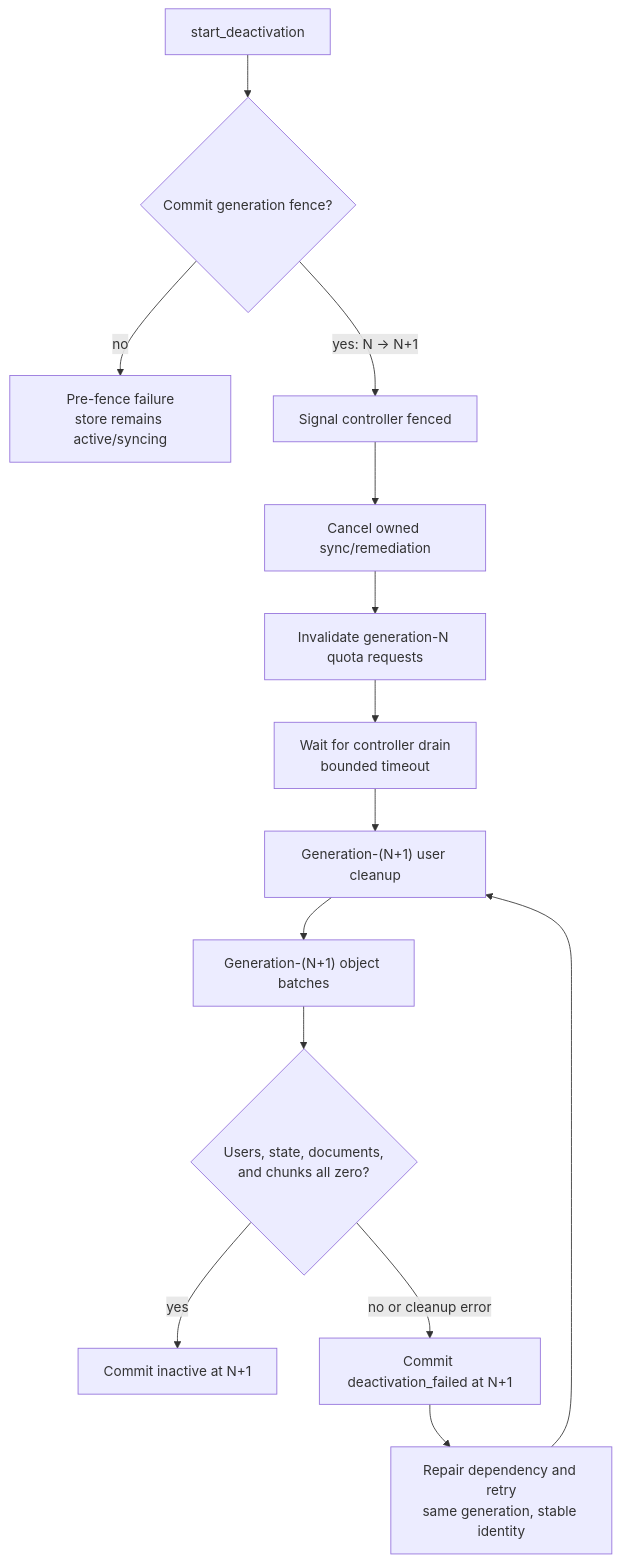
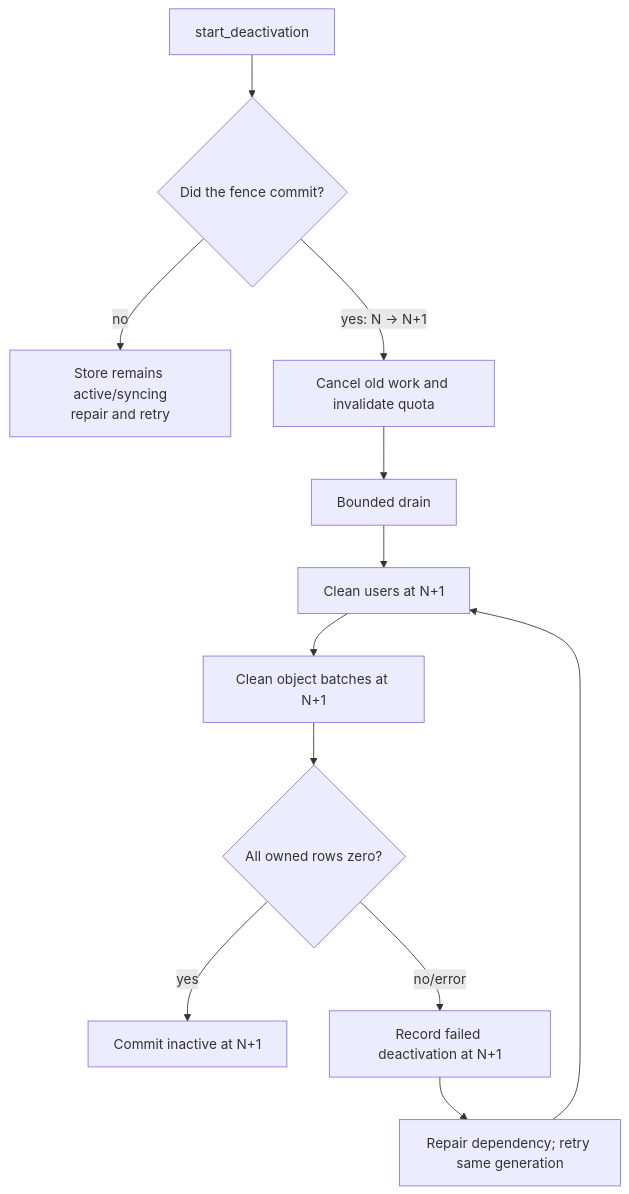
The eighth of 8 diagrams in docs/workflow-topology.md (temporal-sa/golden-retriever), drawn with Mermaid before and after one commit. The commit also changed other lines of this file and 15 other files, not shown here.

````diff
--- a/docs/workflow-topology.md
+++ b/docs/workflow-topology.md
@@ -266,16 +269,14 @@
 ```mermaid
 flowchart TB
-    command["start_deactivation"] --> fence{"Commit generation fence?"}
-    fence -->|"no"| prefail["Pre-fence failure<br/>store remains active/syncing"]
-    fence -->|"yes: N -> N+1"| ack["Signal controller fenced"]
-    ack --> cancel["Cancel owned sync/remediation"]
-    cancel --> quota["Invalidate generation-N quota requests"]
-    quota --> drain["Wait for controller drain<br/>bounded timeout"]
-    drain --> users["Generation-(N+1) user cleanup"]
-    users --> objects["Generation-(N+1) object batches"]
-    objects --> zero{"Users, state, documents,<br/>and chunks all zero?"}
+    command["start_deactivation"] --> fence{"Did the fence commit?"}
+    fence -->|"no"| pre["Store remains active/syncing<br/>repair and retry"]
+    fence -->|"yes: N → N+1"| cancel["Cancel old work and invalidate quota"]
+    cancel --> drain["Bounded drain"]
+    drain --> users["Clean users at N+1"]
+    users --> objects["Clean object batches at N+1"]
+    objects --> zero{"All owned rows zero?"}
     zero -->|"yes"| inactive["Commit inactive at N+1"]
-    zero -->|"no or cleanup error"| failed["Commit deactivation_failed at N+1"]
-    failed --> retry["Repair dependency and retry<br/>same generation, stable identity"]
+    zero -->|"no/error"| failed["Record failed deactivation at N+1"]
+    failed --> retry["Repair dependency; retry same generation"]
     retry --> users
 ```
````
